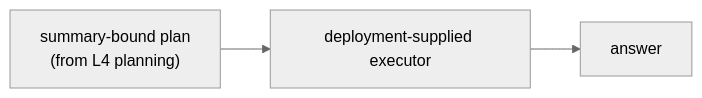
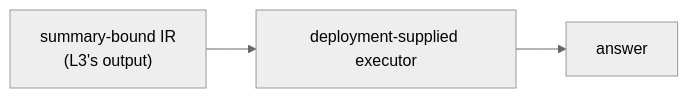
The fifth of 6 diagrams in docs/design.md (ProjectASAP/ASAPPlanner), drawn with Mermaid (neutral theme) before and after one commit. The commit also changed other lines of this file and 6 other files, not shown here.

````diff
--- a/docs/design.md
+++ b/docs/design.md
@@ -163,4 +202,4 @@
 ```mermaid
 flowchart LR
-    L4N["summary-bound plan\n(from L4 planning)"] --> EX["deployment-supplied executor"] --> V["answer"]
+    L3N["summary-bound IR\n(L3's output)"] --> EX["deployment-supplied executor"] --> V["answer"]
 ```
````
